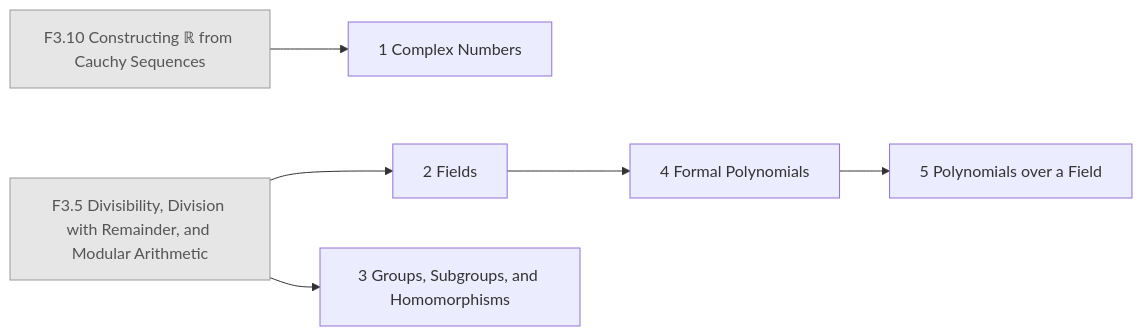
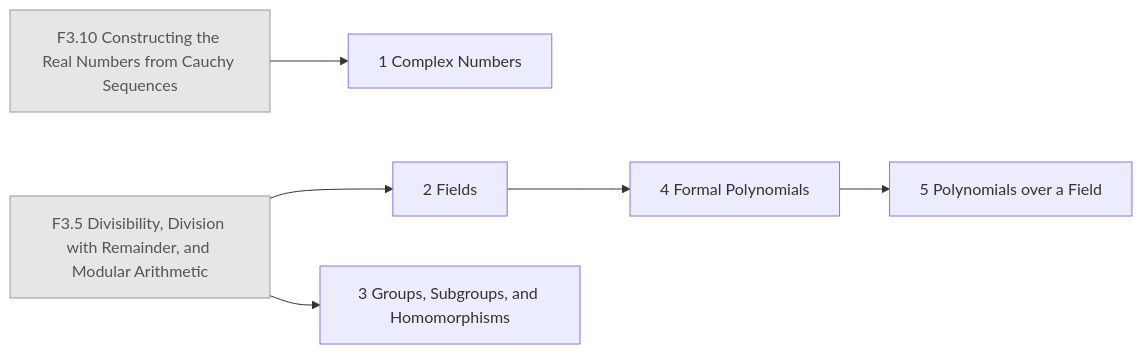
One commit to AkizumiFox/math-atlas changed the diagram in generated/chapters/F4.mmd. Above: the diagram before and after it, drawn with Mermaid. The commit also changed 7 other files, not shown here.

Commit message:
F3.10 depends on F3.5 (thm-reals-commutative-ring uses thm-quotient-ring-by-ideal); title matches the drafted chapter: Constructing the Real Numbers from Cauchy Sequences

```diff
--- a/generated/chapters/F4.mmd
+++ b/generated/chapters/F4.mmd
@@ -1,16 +1,16 @@
 flowchart LR
   F3_5["F3.5 Divisibility, Division with Remainder, and Modular Arithmetic"]:::ext
-  F3_10["F3.10 Constructing ℝ from Cauchy Sequences"]:::ext
+  F3_10["F3.10 Constructing the Real Numbers from Cauchy Sequences"]:::ext
   F4_1["1 Complex Numbers"]
   F4_2["2 Fields"]
   F4_3["3 Groups, Subgroups, and Homomorphisms"]
   F4_4["4 Formal Polynomials"]
   F4_5["5 Polynomials over a Field"]
   F3_10 --> F4_1
   F3_5 --> F4_2
   F3_5 --> F4_3
   F4_2 --> F4_4
   F4_4 --> F4_5
   classDef ext fill:#e6e6e6,stroke:#999,color:#555
   classDef opt fill:#fff,stroke:#999,stroke-dasharray:4 3,color:#555
   classDef segb fill:#f6f6fb,stroke:#99a,color:#333
```
